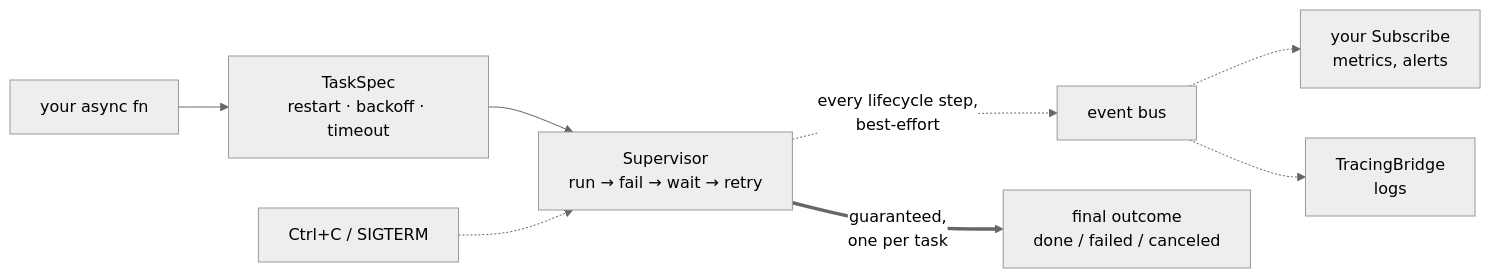
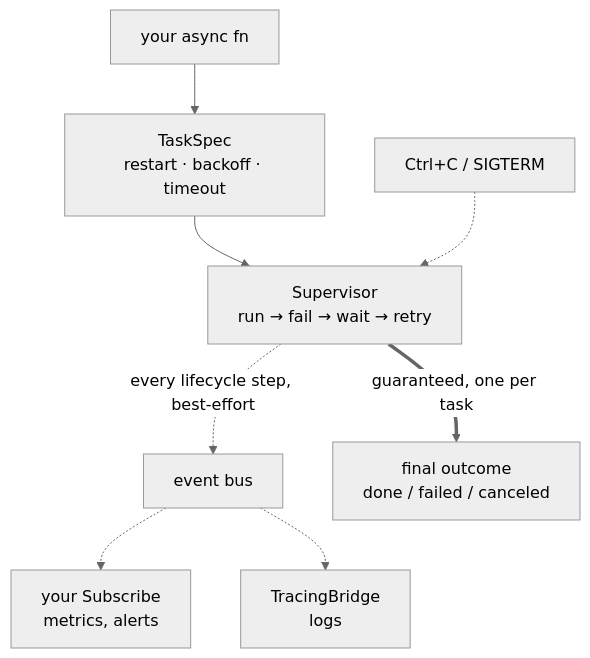
Before and after one commit to soltiHQ/taskvisor: the diagram in README.md, drawn with Mermaid (neutral theme). The commit also changed other lines of this file, not shown here.

````diff
--- a/README.md
+++ b/README.md
@@ -187,12 +188,12 @@
 ```mermaid
-flowchart LR
+flowchart TD
     fn["your async fn"] --> spec["TaskSpec<br/>restart · backoff · timeout"]
     spec --> sup["Supervisor<br/>run → fail → wait → retry"]
     sig["Ctrl+C / SIGTERM"] -.-> sup
 
-    sup -. "every lifecycle step,<br/>best-effort" .-> bus["event bus"]
+    sup -. "every lifecycle step, best-effort" .-> bus["event bus"]
     bus -.-> sub["your Subscribe<br/>metrics, alerts"]
     bus -.-> tb["TracingBridge<br/>logs"]
 
-    sup == "guaranteed,<br/>one per task" ==> out["final outcome<br/>done / failed / canceled"]
+    sup == "guaranteed, one per task" ==> out["final outcome<br/>done / failed / canceled"]
 ```
````
